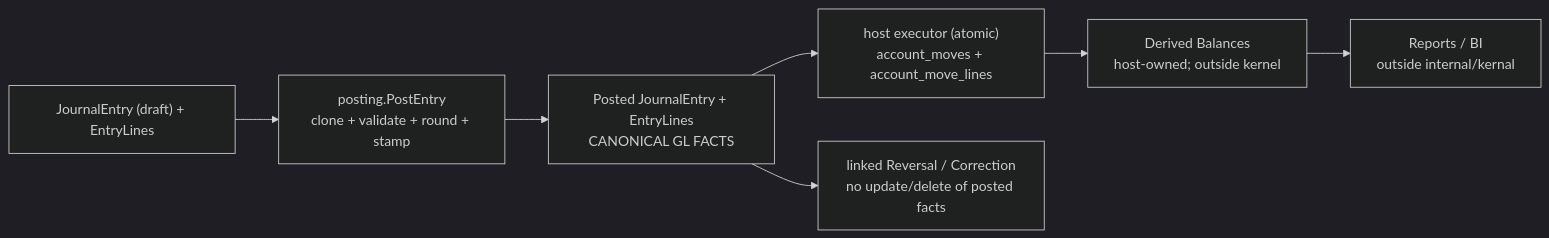
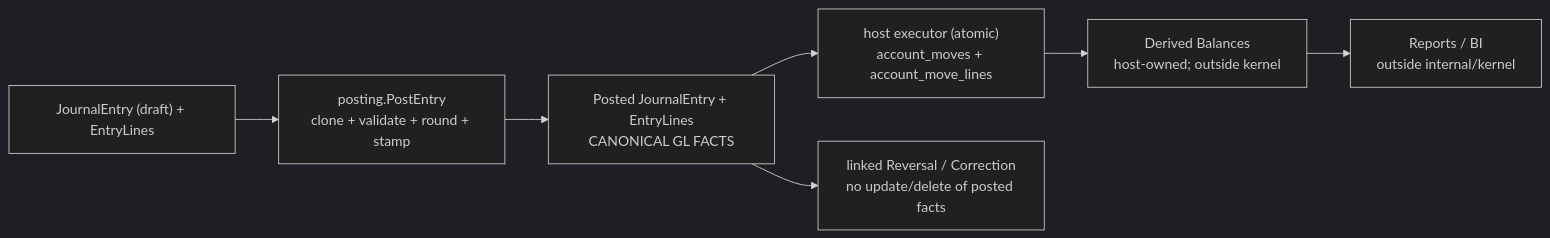
One commit to osmai4603-collab/accountant_engine changed the second of 2 diagrams in docs/architecture/TARGET_ACCOUNTING_KERNEL.md. Above: the diagram before and after it, drawn with Mermaid (dark theme). The commit also changed other lines of this file and 402 other files, not shown here.

````diff
--- a/docs/architecture/TARGET_ACCOUNTING_KERNEL.md
+++ b/docs/architecture/TARGET_ACCOUNTING_KERNEL.md
@@ -224,9 +224,9 @@
 ```mermaid
 flowchart LR
     JE["JournalEntry (draft) + EntryLines"] --> PP["posting.PostEntry<br/>clone + validate + round + stamp"]
     PP --> PJ["Posted JournalEntry + EntryLines<br/>CANONICAL GL FACTS"]
     PJ --> EX["host executor (atomic)<br/>account_moves + account_move_lines"]
     EX --> D["Derived Balances<br/>host-owned; outside kernel"]
-    D --> R["Reports / BI<br/>outside internal/kernal"]
+    D --> R["Reports / BI<br/>outside internal/kernel"]
     PJ --> RV["linked Reversal / Correction<br/>no update/delete of posted facts"]
 ```
````
